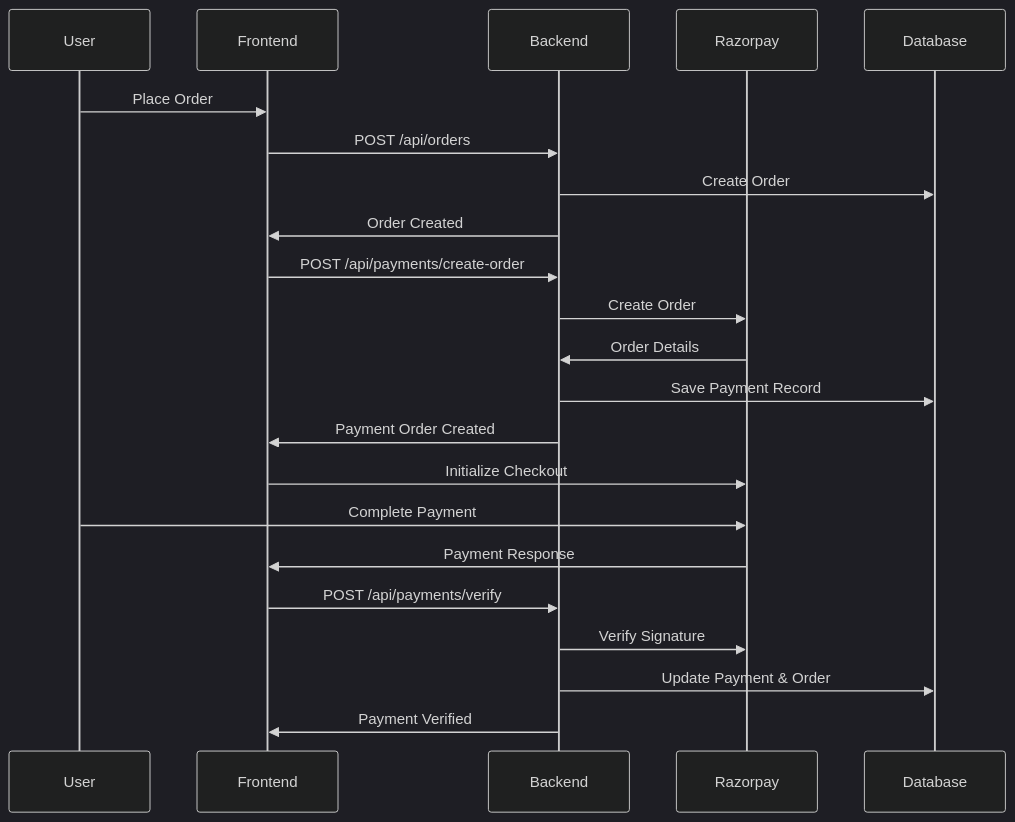
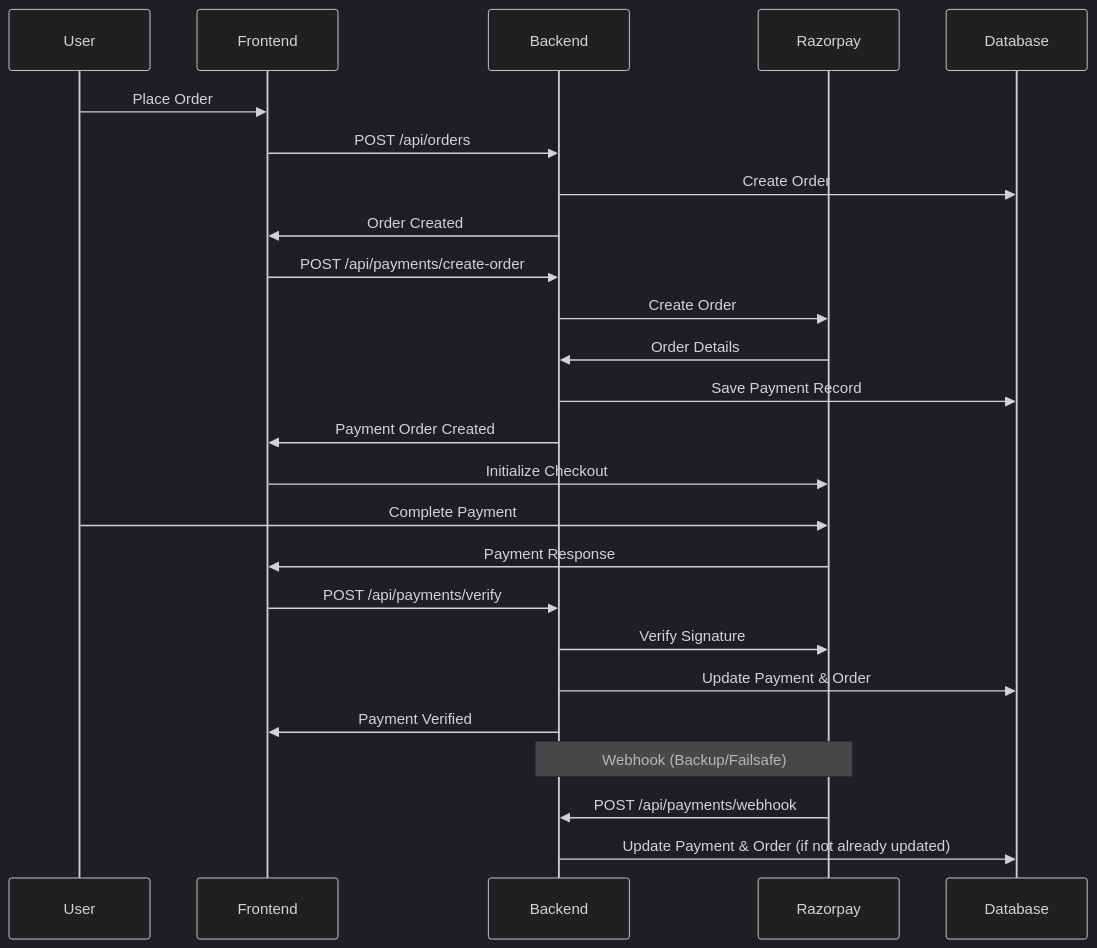
One commit to Vibhor89299/YUCA_Backend_Service changed the diagram in README_PAYMENT_SETUP.md. Above: the diagram before and after it, drawn with Mermaid (dark theme). The commit also changed other lines of this file and 2 other files, not shown here.

Commit message:
added payment webhook capture event for the api development cycle

````diff
--- a/README_PAYMENT_SETUP.md
+++ b/README_PAYMENT_SETUP.md
@@ -86,28 +110,32 @@
 ```mermaid
 sequenceDiagram
     participant User
     participant Frontend
     participant Backend
     participant Razorpay
     participant Database
 
     User->>Frontend: Place Order
     Frontend->>Backend: POST /api/orders
     Backend->>Database: Create Order
     Backend->>Frontend: Order Created
 
     Frontend->>Backend: POST /api/payments/create-order
     Backend->>Razorpay: Create Order
     Razorpay->>Backend: Order Details
     Backend->>Database: Save Payment Record
     Backend->>Frontend: Payment Order Created
 
     Frontend->>Razorpay: Initialize Checkout
     User->>Razorpay: Complete Payment
     Razorpay->>Frontend: Payment Response
 
     Frontend->>Backend: POST /api/payments/verify
     Backend->>Razorpay: Verify Signature
     Backend->>Database: Update Payment & Order
     Backend->>Frontend: Payment Verified
+    
+    Note over Razorpay,Backend: Webhook (Backup/Failsafe)
+    Razorpay->>Backend: POST /api/payments/webhook
+    Backend->>Database: Update Payment & Order (if not already updated)
 ```
````
